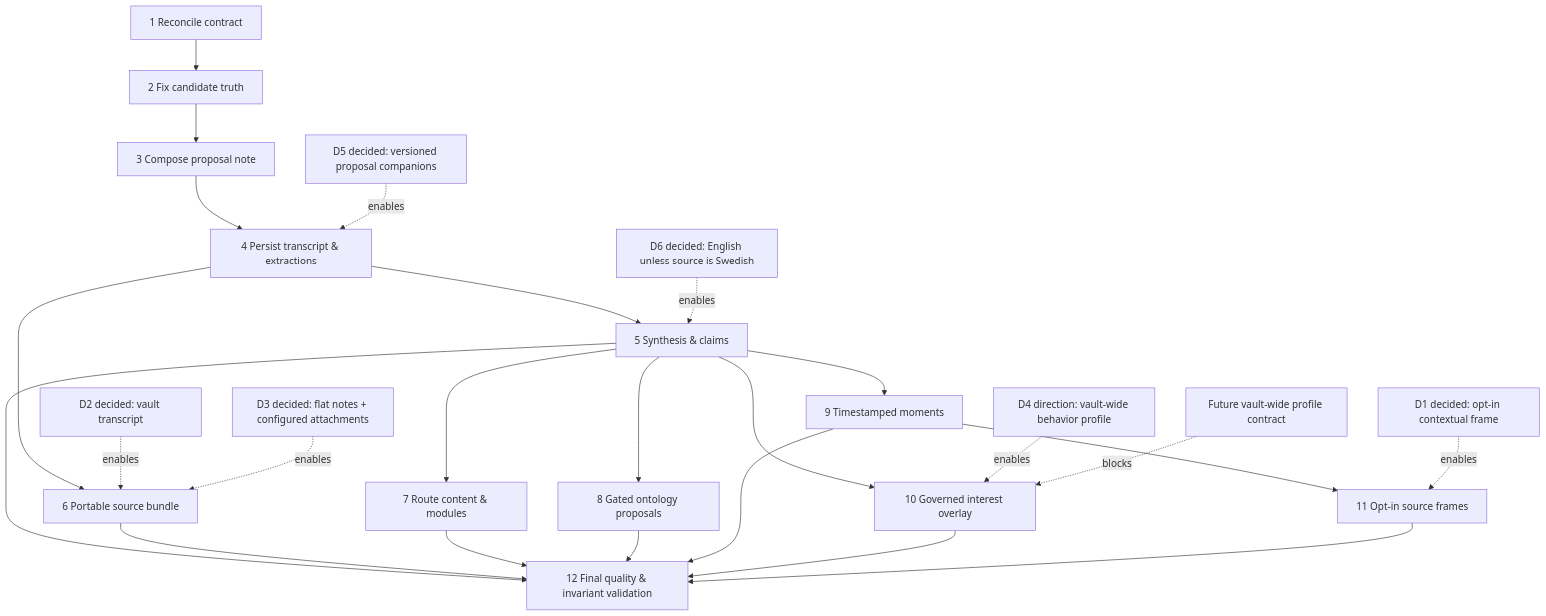
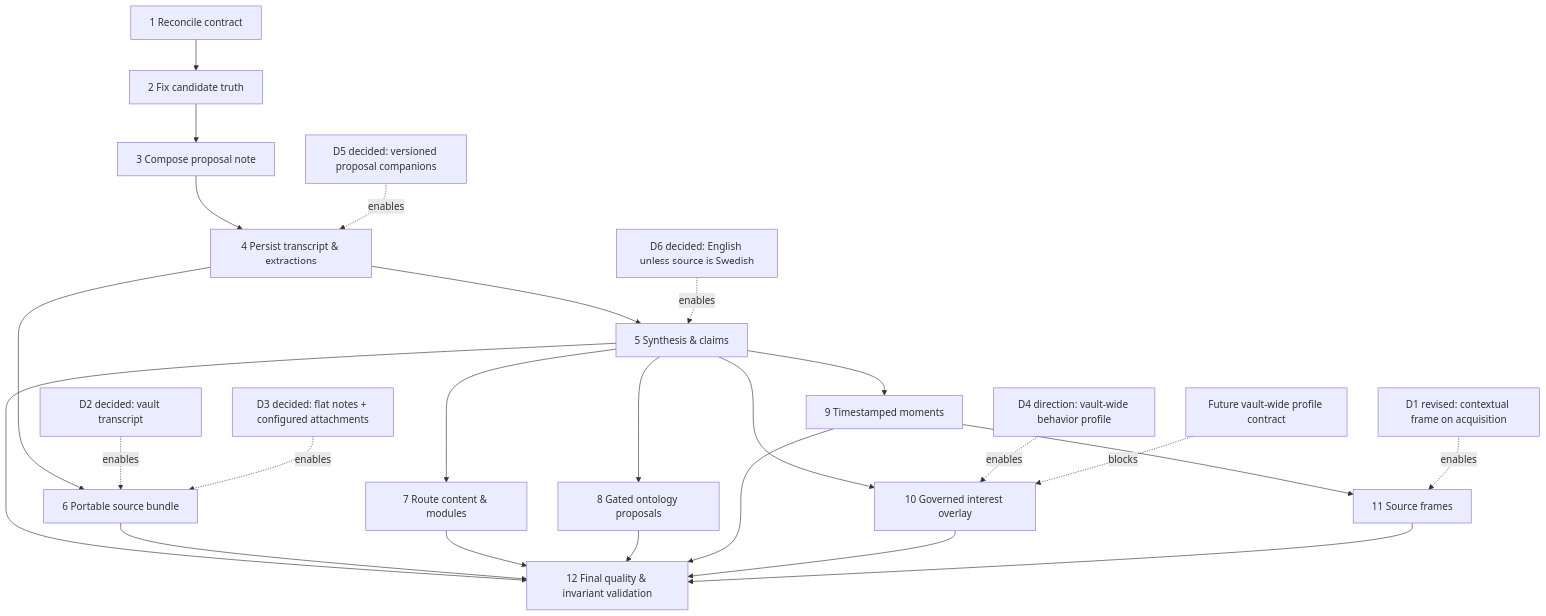
Before and after one commit to RasmusTho/agentic-pkm-mvp: the diagram in docs/YOUTUBE_SOURCE_NOTE_V2/README.md, drawn with Mermaid. The commit also changed other lines of this file and 8 other files, not shown here.

````diff
--- a/docs/YOUTUBE_SOURCE_NOTE_V2/README.md
+++ b/docs/YOUTUBE_SOURCE_NOTE_V2/README.md
@@ -42,27 +42,27 @@
 ```mermaid
 flowchart TD
   T1["1 Reconcile contract"] --> T2["2 Fix candidate truth"]
   T2 --> T3["3 Compose proposal note"]
   T3 --> T4["4 Persist transcript & extractions"]
   T4 --> T5["5 Synthesis & claims"]
   T4 --> T6["6 Portable source bundle"]
   T5 --> T7["7 Route content & modules"]
   T5 --> T8["8 Gated ontology proposals"]
   T5 --> T9["9 Timestamped moments"]
   T5 --> T10["10 Governed interest overlay"]
-  T9 --> T11["11 Opt-in source frames"]
+  T9 --> T11["11 Source frames"]
   T5 --> T12["12 Final quality & invariant validation"]
   T6 --> T12
   T7 --> T12
   T8 --> T12
   T9 --> T12
   T10 --> T12
   T11 --> T12
-  D1["D1 decided: opt-in contextual frame"] -. enables .-> T11
+  D1["D1 revised: contextual frame on acquisition"] -. enables .-> T11
   D2["D2 decided: vault transcript"] -. enables .-> T6
   D3["D3 decided: flat notes + configured attachments"] -. enables .-> T6
   D4["D4 direction: vault-wide behavior profile"] -. enables .-> T10
   V["Future vault-wide profile contract"] -. blocks .-> T10
   D5["D5 decided: versioned proposal companions"] -. enables .-> T4
   D6["D6 decided: English unless source is Swedish"] -. enables .-> T5
 ```
````
